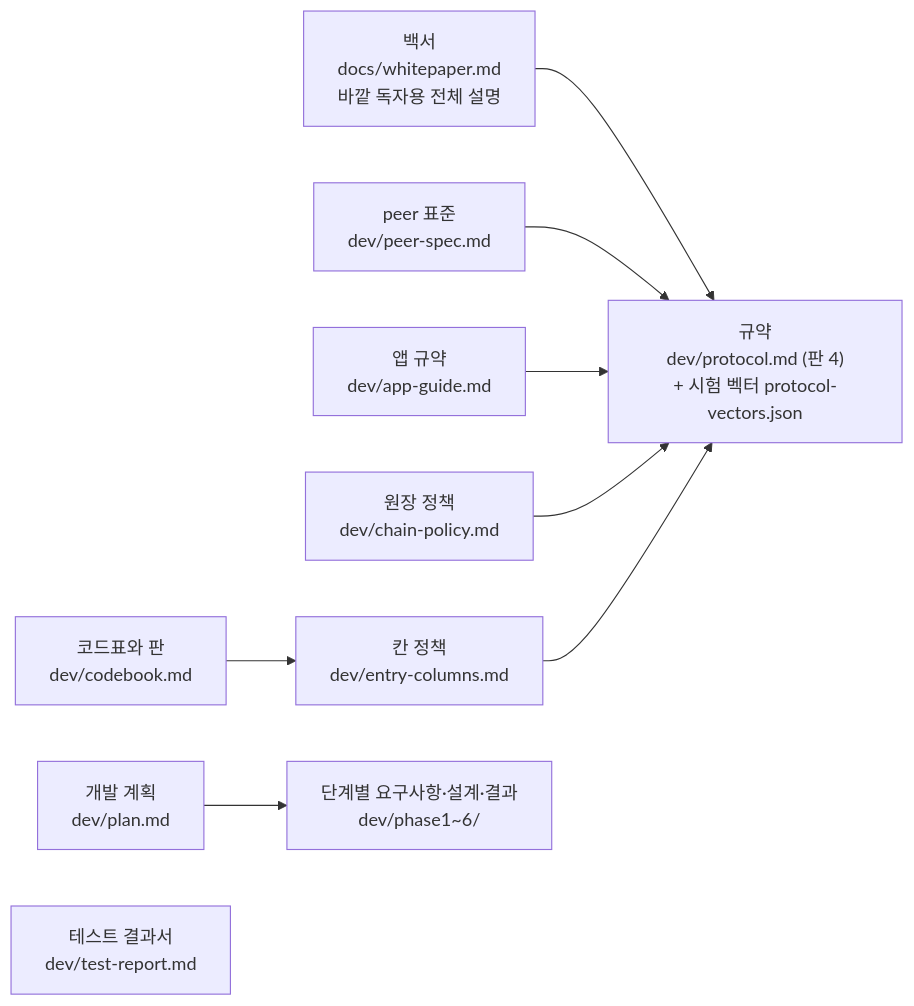
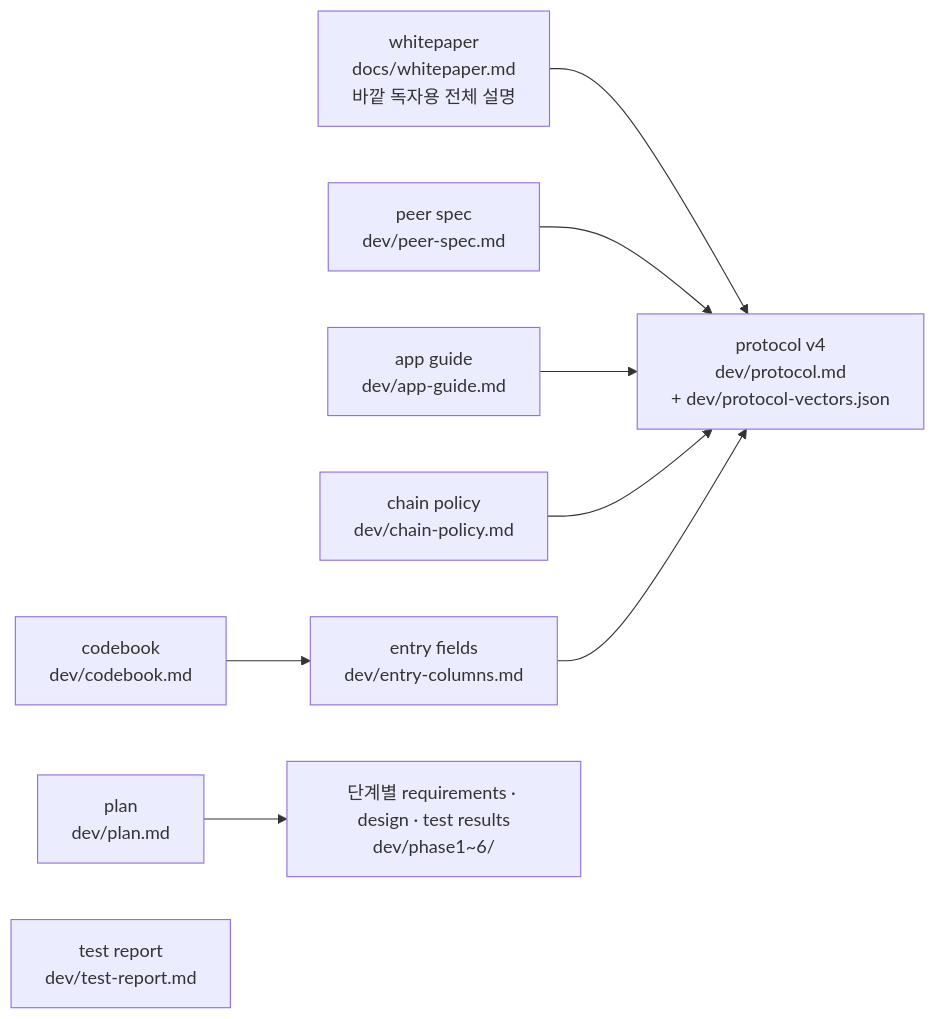
One commit to tanminkwan/share-ur-tokens changed the third of 31 diagrams in docs/education.md. Above: the diagram before and after it, drawn with Mermaid. The commit also changed other lines of this file and 27 other files, not shown here.

````diff
--- a/docs/education.md
+++ b/docs/education.md
@@ -63,12 +63,12 @@
 ```mermaid
 flowchart LR
-    WP["백서<br/>docs/whitepaper.md<br/>바깥 독자용 전체 설명"] --> PR
-    PR["규약<br/>dev/protocol.md (판 4)<br/>+ 시험 벡터 protocol-vectors.json"]
-    PS["peer 표준<br/>dev/peer-spec.md"] --> PR
-    AG["앱 규약<br/>dev/app-guide.md"] --> PR
-    CP["원장 정책<br/>dev/chain-policy.md"] --> PR
-    EC["칸 정책<br/>dev/entry-columns.md"] --> PR
-    CB["코드표와 판<br/>dev/codebook.md"] --> EC
-    PL["개발 계획<br/>dev/plan.md"] --> PH["단계별 요구사항·설계·결과<br/>dev/phase1~6/"]
-    TR["테스트 결과서<br/>dev/test-report.md"]
+    WP["whitepaper<br/>docs/whitepaper.md<br/>바깥 독자용 전체 설명"] --> PR
+    PR["protocol v4<br/>dev/protocol.md<br/>+ dev/protocol-vectors.json"]
+    PS["peer spec<br/>dev/peer-spec.md"] --> PR
+    AG["app guide<br/>dev/app-guide.md"] --> PR
+    CP["chain policy<br/>dev/chain-policy.md"] --> PR
+    EC["entry fields<br/>dev/entry-columns.md"] --> PR
+    CB["codebook<br/>dev/codebook.md"] --> EC
+    PL["plan<br/>dev/plan.md"] --> PH["단계별 requirements · design · test results<br/>dev/phase1~6/"]
+    TR["test report<br/>dev/test-report.md"]
 ```
````
